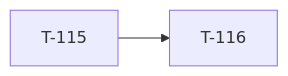
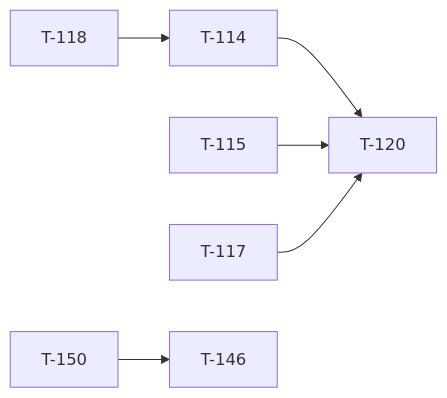
Before and after one commit to darkforce09/TBD-reforger: the diagram in docs/TICKET_LEAD.md, drawn with Mermaid. The commit also changed other lines of this file and 8 other files, not shown here.

````diff
--- a/docs/TICKET_LEAD.md
+++ b/docs/TICKET_LEAD.md
@@ -27,4 +40,8 @@
 ```mermaid
 flowchart LR
-  T115[T-115] --> T116[T-116]
+  T118[T-118] --> T114[T-114]
+  T114[T-114] --> T120[T-120]
+  T115[T-115] --> T120[T-120]
+  T117[T-117] --> T120[T-120]
+  T150[T-150] --> T146[T-146]
 ```
````
